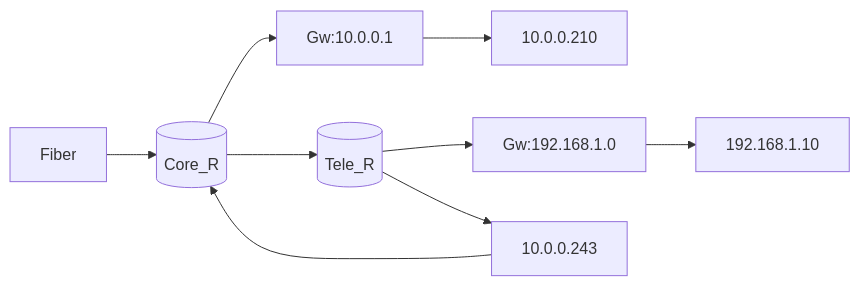
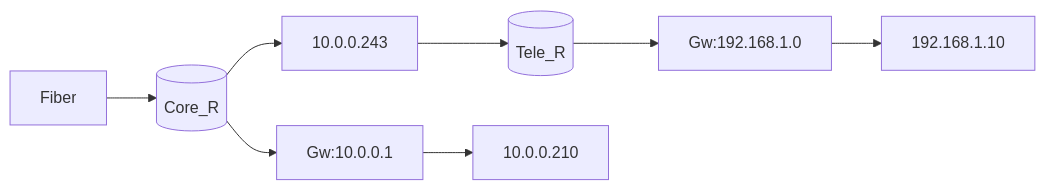
Before and after one commit to notkasim/DOCS: the second of 2 diagrams in Topology.md, drawn with Mermaid.

````diff
--- a/Topology.md
+++ b/Topology.md
@@ -19,10 +19,9 @@
 ```mermaid
 graph LR;
     id3[(Core_R)]
     id4[(Tele_R)]
     Fiber-->id3;
     id3-->Gw:10.0.0.1-->10.0.0.210
-    id3-->id4
+    id3-->10.0.0.243-->id4
     id4-->Gw:192.168.1.0-->192.168.1.10
-    id4-->10.0.0.243-->id3
 ```
````
